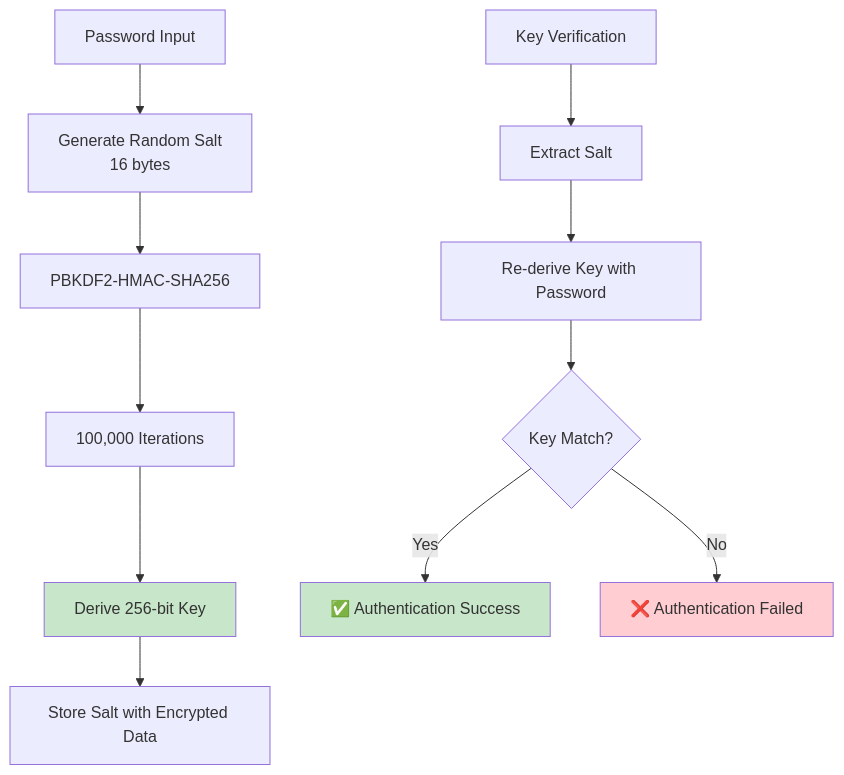
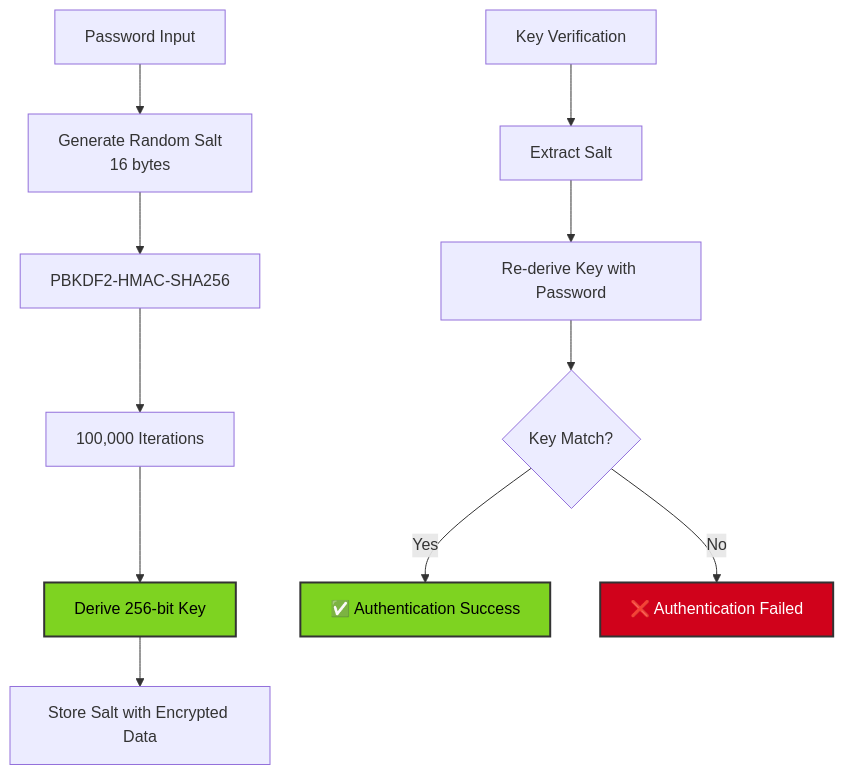
The tenth of 24 diagrams in SECURITY_SPECIFICATION.md (mbhatt1/maifscratch), drawn with Mermaid before and after one commit. The commit also changed other lines of this file, not shown here.

````diff
--- a/SECURITY_SPECIFICATION.md
+++ b/SECURITY_SPECIFICATION.md
@@ -498,18 +498,18 @@
 ```mermaid
 flowchart TD
     A[Password Input] --> B[Generate Random Salt<br/>16 bytes]
     B --> C[PBKDF2-HMAC-SHA256]
     C --> D[100,000 Iterations]
     D --> E[Derive 256-bit Key]
     E --> F[Store Salt with Encrypted Data]
     
     G[Key Verification] --> H[Extract Salt]
     H --> I[Re-derive Key with Password]
     I --> J{Key Match?}
     J -->|Yes| K[✅ Authentication Success]
     J -->|No| L[❌ Authentication Failed]
     
-    style E fill:#c8e6c9
-    style K fill:#c8e6c9
-    style L fill:#ffcdd2
+    style E fill:#7ED321,stroke:#333,stroke-width:2px,color:#000
+    style K fill:#7ED321,stroke:#333,stroke-width:2px,color:#000
+    style L fill:#D0021B,stroke:#333,stroke-width:2px,color:#fff
 ```
````
